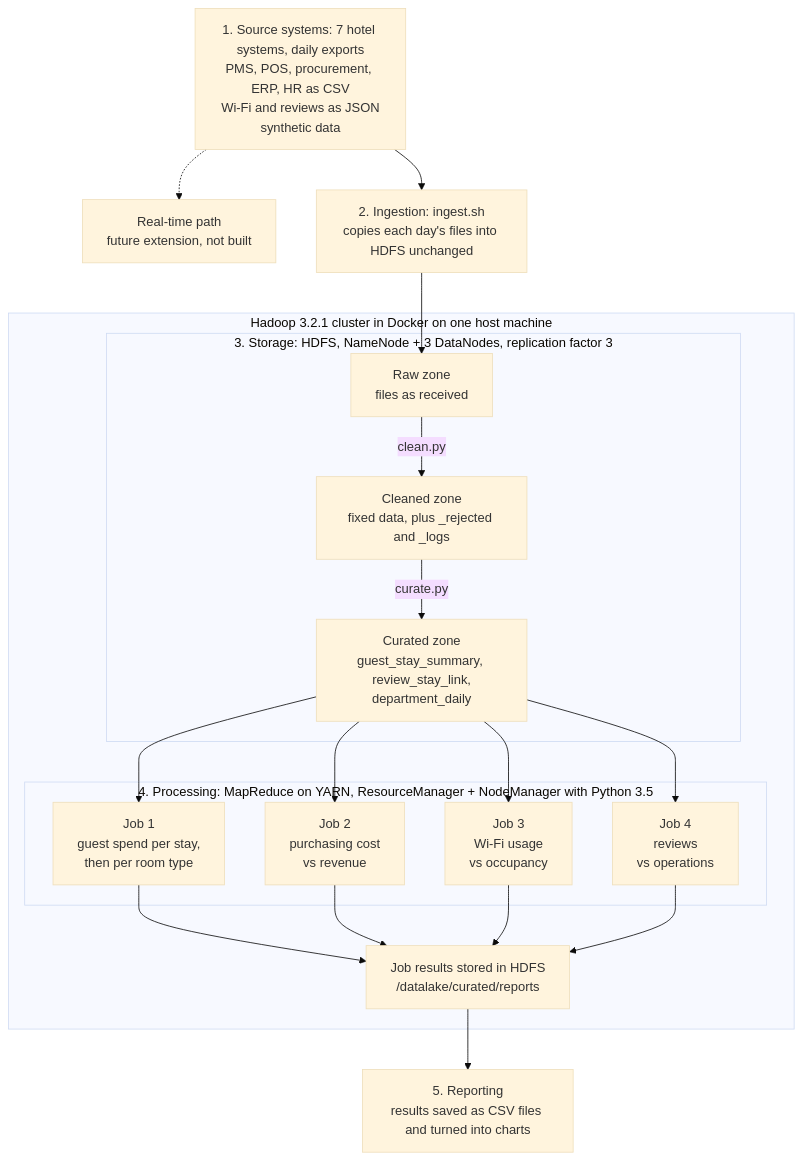
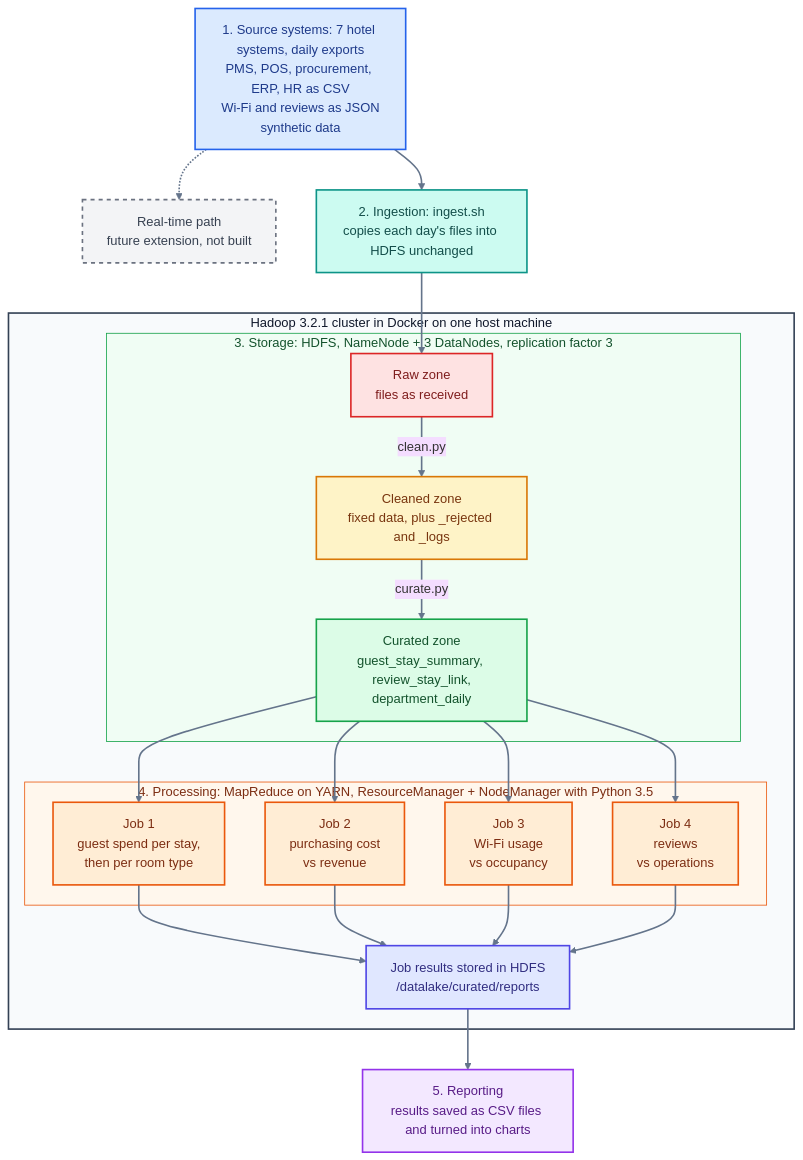
One commit to Hami-K/isit312-hotel-data-lake changed the diagram in architecture.md. Above: the diagram before and after it, drawn with Mermaid (base theme).

Commit message:
Update architecture documentation with new styles

````diff
--- a/architecture.md
+++ b/architecture.md
@@ -5,31 +5,57 @@
 ```mermaid
 flowchart TB
     SRC["1. Source systems: 7 hotel systems, daily exports<br/>PMS, POS, procurement, ERP, HR as CSV<br/>Wi-Fi and reviews as JSON<br/>synthetic data"]
     RT["Real-time path<br/>future extension, not built"]
     ING["2. Ingestion: ingest.sh<br/>copies each day's files into HDFS unchanged"]
 
     subgraph CLUSTER["Hadoop 3.2.1 cluster in Docker on one host machine"]
         subgraph HDFS["3. Storage: HDFS, NameNode + 3 DataNodes, replication factor 3"]
             RAW["Raw zone<br/>files as received"]
             CLEAN["Cleaned zone<br/>fixed data, plus _rejected and _logs"]
             CUR["Curated zone<br/>guest_stay_summary, review_stay_link,<br/>department_daily"]
         end
         subgraph YARN["4. Processing: MapReduce on YARN, ResourceManager + NodeManager with Python 3.5"]
             J1["Job 1<br/>guest spend per stay,<br/>then per room type"]
             J2["Job 2<br/>purchasing cost<br/>vs revenue"]
             J3["Job 3<br/>Wi-Fi usage<br/>vs occupancy"]
             J4["Job 4<br/>reviews<br/>vs operations"]
         end
         RES["Job results stored in HDFS<br/>/datalake/curated/reports"]
     end
 
     REP["5. Reporting<br/>results saved as CSV files and turned into charts"]
 
     SRC --> ING --> RAW
     SRC -.-> RT
     RAW -- "clean.py" --> CLEAN
     CLEAN -- "curate.py" --> CUR
     CUR --> J1 & J2 & J3 & J4
     J1 & J2 & J3 & J4 --> RES
     RES --> REP
+
+    classDef source fill:#dbeafe,stroke:#2563eb,stroke-width:2px,color:#1e3a8a
+    classDef ingest fill:#ccfbf1,stroke:#0d9488,stroke-width:2px,color:#134e4a
+    classDef raw fill:#fee2e2,stroke:#dc2626,stroke-width:2px,color:#7f1d1d
+    classDef cleaned fill:#fef3c7,stroke:#d97706,stroke-width:2px,color:#78350f
+    classDef curated fill:#dcfce7,stroke:#16a34a,stroke-width:2px,color:#14532d
+    classDef job fill:#ffedd5,stroke:#ea580c,stroke-width:2px,color:#7c2d12
+    classDef result fill:#e0e7ff,stroke:#4f46e5,stroke-width:2px,color:#312e81
+    classDef report fill:#f3e8ff,stroke:#9333ea,stroke-width:2px,color:#581c87
+    classDef future fill:#f3f4f6,stroke:#6b7280,stroke-width:2px,stroke-dasharray:5 5,color:#374151
+
+    class SRC source
+    class ING ingest
+    class RAW raw
+    class CLEAN cleaned
+    class CUR curated
+    class J1,J2,J3,J4 job
+    class RES result
+    class REP report
+    class RT future
+
+    linkStyle default stroke:#64748b,stroke-width:2px
+
+    style CLUSTER fill:#f8fafc,stroke:#334155,stroke-width:2px,color:#0f172a
+    style HDFS fill:#f0fdf4,stroke:#16a34a,stroke-width:1px,color:#14532d
+    style YARN fill:#fff7ed,stroke:#ea580c,stroke-width:1px,color:#7c2d12
 ```
````
